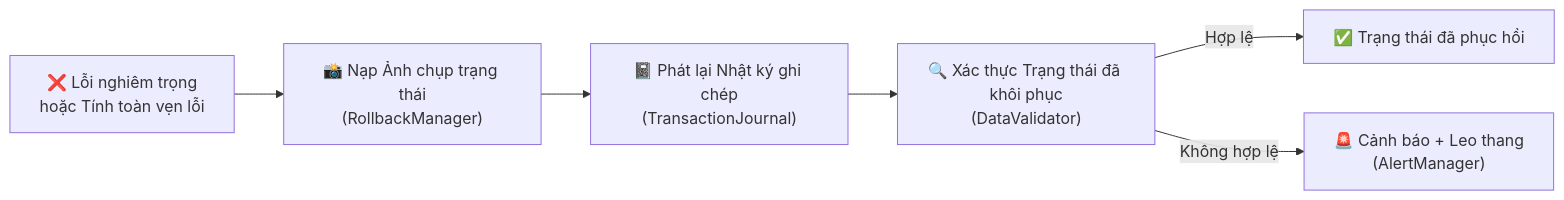
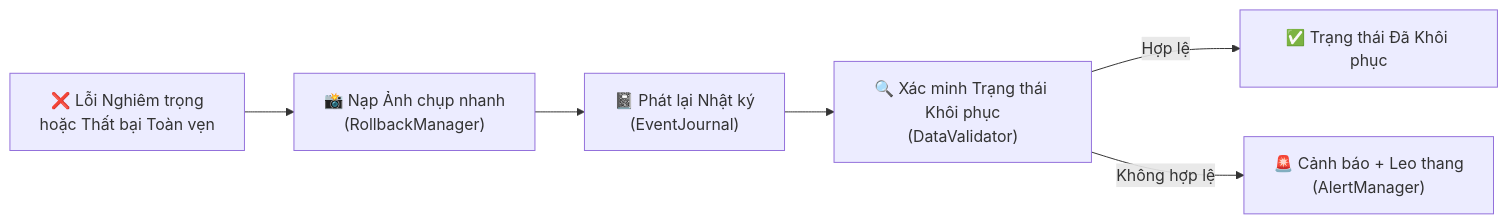
Before and after one commit to VanDung-dev/HieraChain: the third of 3 diagrams in docs/vi/workflows/error-recovery.md, drawn with Mermaid. The commit also changed other lines of this file and 20 other files, not shown here.

First line of the commit message:
docs: sync schema changes, update file paths, and improve consistency

````diff
--- a/docs/vi/workflows/error-recovery.md
+++ b/docs/vi/workflows/error-recovery.md
@@ -60,13 +60,13 @@
 ```mermaid
 flowchart LR
-    ERR["❌ Lỗi nghiêm trọng\nhoặc Tính toàn vẹn lỗi"]
-    SNAP["📸 Nạp Ảnh chụp trạng thái\n(RollbackManager)"]
-    JRNL["📓 Phát lại Nhật ký ghi chép\n(TransactionJournal)"]
-    VER["🔍 Xác thực Trạng thái đã khôi phục\n(DataValidator)"]
-    OK["✅ Trạng thái đã phục hồi"]
+    ERR["❌ Lỗi Nghiêm trọng\nhoặc Thất bại Toàn vẹn"]
+    SNAP["📸 Nạp Ảnh chụp nhanh\n(RollbackManager)"]
+    JRNL["📓 Phát lại Nhật ký\n(EventJournal)"]
+    VER["🔍 Xác minh Trạng thái Khôi phục\n(DataValidator)"]
+    OK["✅ Trạng thái Đã Khôi phục"]
     ALERT["🚨 Cảnh báo + Leo thang\n(AlertManager)"]
 
     ERR --> SNAP --> JRNL --> VER
     VER -->|Hợp lệ| OK
     VER -->|Không hợp lệ| ALERT
 ```
````
